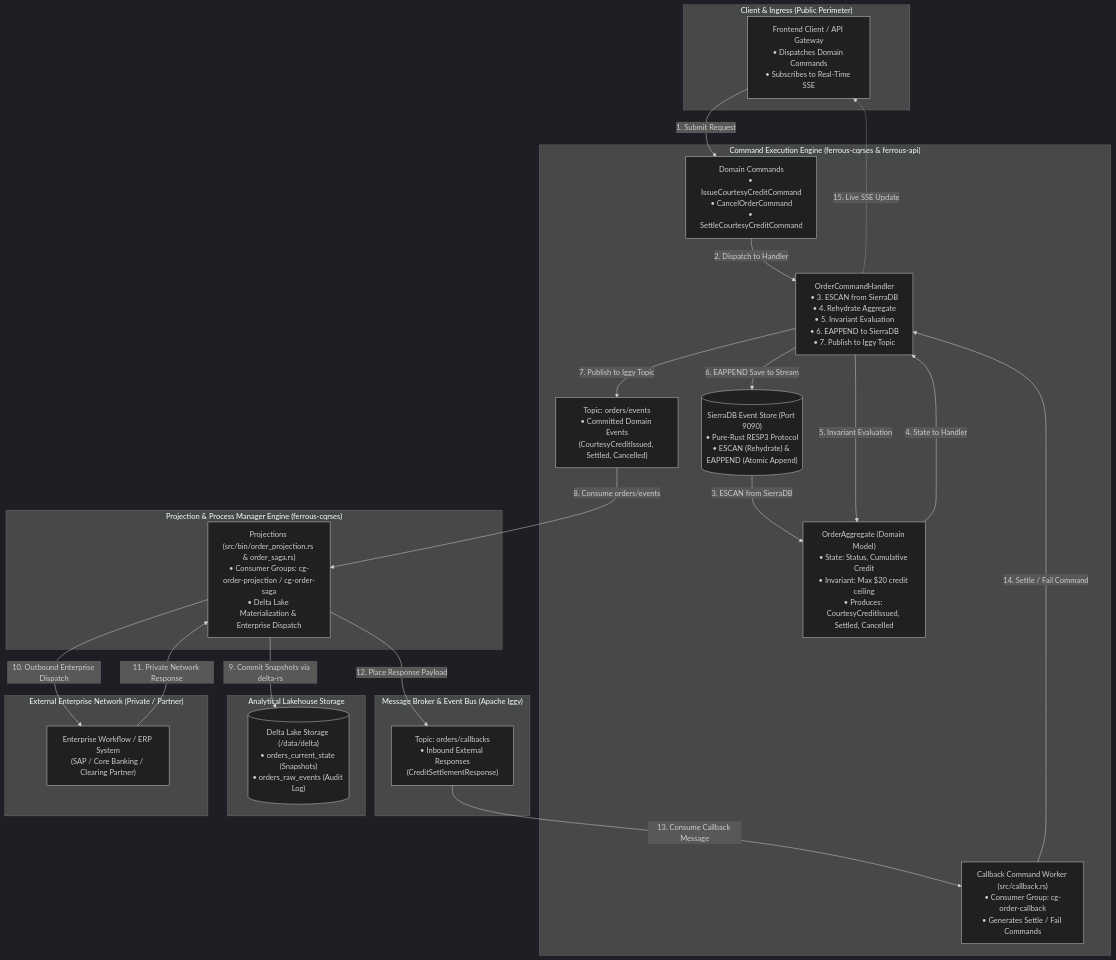
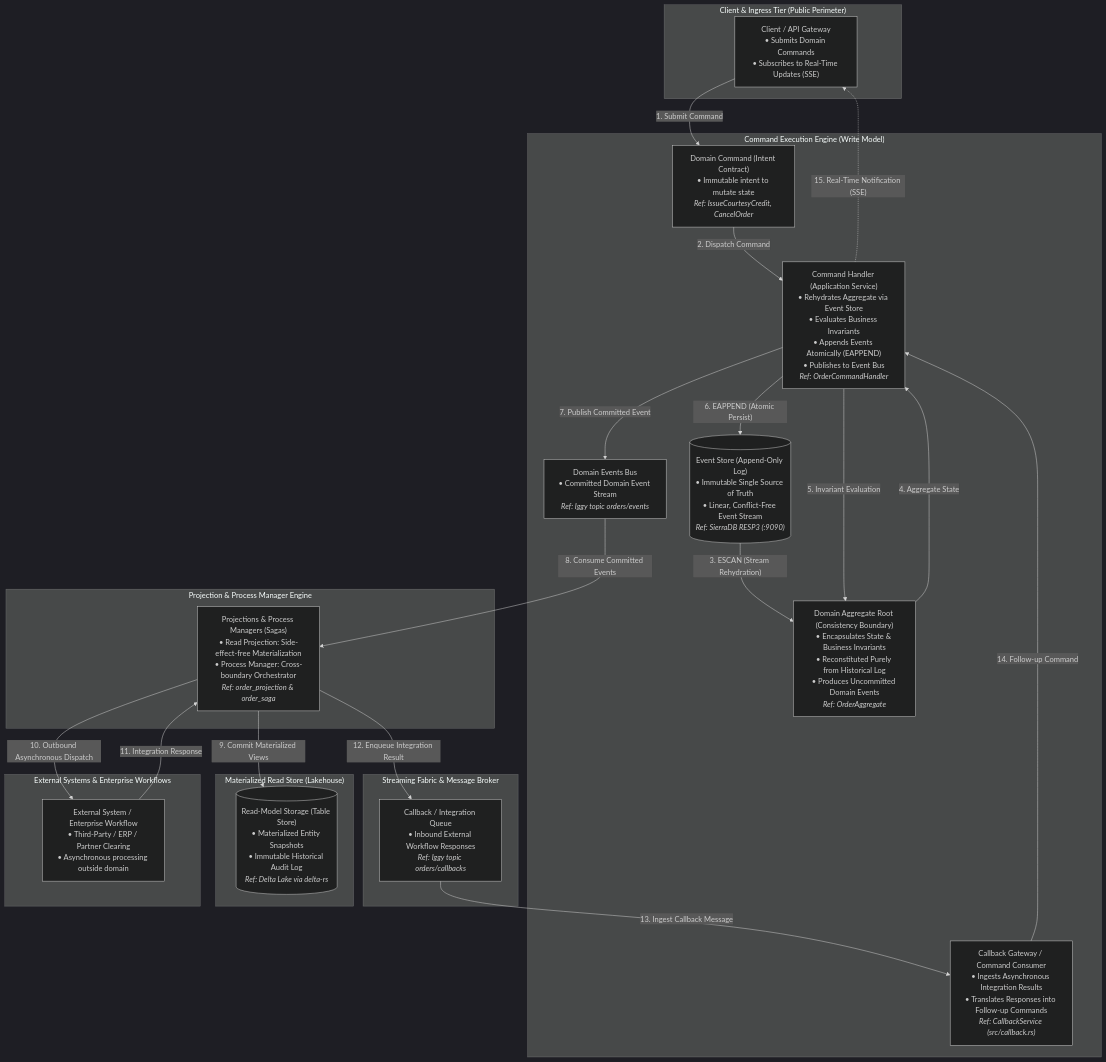
Before and after one commit to reidlai/ferrous-cqrses: the first of 3 diagrams in README.md, drawn with Mermaid (dark theme). The commit also changed other lines of this file, not shown here.

Commit message:
docs(architecture): generalize CQRS-ES architectural concepts in README

````diff
--- a/README.md
+++ b/README.md
@@ -51,61 +51,61 @@
 ```mermaid
 flowchart TD
-    subgraph Client_Tier ["Client & Ingress (Public Perimeter)"]
-        Client["Frontend Client / API Gateway<br/>• Dispatches Domain Commands<br/>• Subscribes to Real-Time SSE"]
+    subgraph Client_Tier ["Client & Ingress Tier (Public Perimeter)"]
+        Client["Client / API Gateway<br/>• Submits Domain Commands<br/>• Subscribes to Real-Time Updates (SSE)"]
     end
 
-    subgraph API_Tier ["Command Execution Engine (ferrous-cqrses & ferrous-api)"]
-        Command["Domain Commands<br/>• IssueCourtesyCreditCommand<br/>• CancelOrderCommand<br/>• SettleCourtesyCreditCommand"]
-        CommandHandler["OrderCommandHandler<br/>• 3. ESCAN from SierraDB<br/>• 4. Rehydrate Aggregate<br/>• 5. Invariant Evaluation<br/>• 6. EAPPEND to SierraDB<br/>• 7. Publish to Iggy Topic"]
-        Aggregate["OrderAggregate (Domain Model)<br/>• State: Status, Cumulative Credit<br/>• Invariant: Max $20 credit ceiling<br/>• Produces: CourtesyCreditIssued, Settled, Cancelled"]
-        CallbackWorker["Callback Command Worker (src/callback.rs)<br/>• Consumer Group: cg-order-callback<br/>• Generates Settle / Fail Commands"]
-        SierraDB[("SierraDB Event Store (Port 9090)<br/>• Pure-Rust RESP3 Protocol<br/>• ESCAN (Rehydrate) & EAPPEND (Atomic Append)")]
+    subgraph Command_Tier ["Command Execution Engine (Write Model)"]
+        Command["Domain Command (Intent Contract)<br/>• Immutable intent to mutate state<br/><i>Ref: IssueCourtesyCredit, CancelOrder</i>"]
+        CommandHandler["Command Handler (Application Service)<br/>• Rehydrates Aggregate via Event Store<br/>• Evaluates Business Invariants<br/>• Appends Events Atomically (EAPPEND)<br/>• Publishes to Event Bus<br/><i>Ref: OrderCommandHandler</i>"]
+        Aggregate["Domain Aggregate Root (Consistency Boundary)<br/>• Encapsulates State & Business Invariants<br/>• Reconstituted Purely from Historical Log<br/>• Produces Uncommitted Domain Events<br/><i>Ref: OrderAggregate</i>"]
+        CallbackWorker["Callback Gateway / Command Consumer<br/>• Ingests Asynchronous Integration Results<br/>• Translates Responses into Follow-up Commands<br/><i>Ref: CallbackService (src/callback.rs)</i>"]
+        EventStore[("Event Store (Append-Only Log)<br/>• Immutable Single Source of Truth<br/>• Linear, Conflict-Free Event Stream<br/><i>Ref: SierraDB RESP3 (:9090)</i>")]
 
-        Command -->|"2. Dispatch to Handler"| CommandHandler
-        SierraDB -->|"3. ESCAN from SierraDB"| Aggregate
-        Aggregate -->|"4. State to Handler"| CommandHandler
+        Command -->|"2. Dispatch Command"| CommandHandler
+        EventStore -->|"3. ESCAN (Stream Rehydration)"| Aggregate
+        Aggregate -->|"4. Aggregate State"| CommandHandler
         CommandHandler -->|"5. Invariant Evaluation"| Aggregate
-        CommandHandler -->|"6. EAPPEND Save to Stream"| SierraDB
-        CommandHandler -->|"7. Publish to Iggy Topic"| IggyEvents
-        CallbackWorker -->|"14. Settle / Fail Command"| CommandHandler        
+        CommandHandler -->|"6. EAPPEND (Atomic Persist)"| EventStore
+        CommandHandler -->|"7. Publish Committed Event"| DomainEventsBus
+        CallbackWorker -->|"14. Follow-up Command"| CommandHandler        
     end
 
-    subgraph Streaming_Fabric ["Message Broker & Event Bus (Apache Iggy)"]
-        IggyEvents["Topic: orders/events<br/>• Committed Domain Events<br/>(CourtesyCreditIssued, Settled, Cancelled)"]
-        IggyCallbacks["Topic: orders/callbacks<br/>• Inbound External Responses<br/>(CreditSettlementResponse)"]
+    subgraph Streaming_Fabric ["Streaming Fabric & Message Broker"]
+        DomainEventsBus["Domain Events Bus<br/>• Committed Domain Event Stream<br/><i>Ref: Iggy topic orders/events</i>"]
+        CallbackQueue["Callback / Integration Queue<br/>• Inbound External Workflow Responses<br/><i>Ref: Iggy topic orders/callbacks</i>"]
     end
 
-    subgraph Projection_Tier ["Projection & Process Manager Engine (ferrous-cqrses)"]
-        Projections["Projections (src/bin/order_projection.rs & order_saga.rs)<br/>• Consumer Groups: cg-order-projection / cg-order-saga<br/>• Delta Lake Materialization & Enterprise Dispatch"]
+    subgraph Projection_Tier ["Projection & Process Manager Engine"]
+        Projections["Projections & Process Managers (Sagas)<br/>• Read Projection: Side-effect-free Materialization<br/>• Process Manager: Cross-boundary Orchestrator<br/><i>Ref: order_projection & order_saga</i>"]
     end
 
-    subgraph Lakehouse_Tier ["Analytical Lakehouse Storage"]
-        DeltaLake[("Delta Lake Storage (/data/delta)<br/>• orders_current_state (Snapshots)<br/>• orders_raw_events (Audit Log)")]
+    subgraph Read_Store_Tier ["Materialized Read Store (Lakehouse)"]
+        ReadStore[("Read-Model Storage (Table Store)<br/>• Materialized Entity Snapshots<br/>• Immutable Historical Audit Log<br/><i>Ref: Delta Lake via delta-rs</i>")]
     end
 
-    subgraph Enterprise_Tier ["External Enterprise Network (Private / Partner)"]
-        EnterpriseWorkflow["Enterprise Workflow / ERP System<br/>(SAP / Core Banking / Clearing Partner)"]
+    subgraph External_Tier ["External Systems & Enterprise Workflows"]
+        ExternalSystem["External System / Enterprise Workflow<br/>• Third-Party / ERP / Partner Clearing<br/>• Asynchronous processing outside domain"]
     end        
 
-    Client_Tier ~~~ API_Tier
-    API_Tier ~~~ Streaming_Fabric
+    Client_Tier ~~~ Command_Tier
+    Command_Tier ~~~ Streaming_Fabric
     Streaming_Fabric ~~~ Projection_Tier
-    Projection_Tier ~~~ Lakehouse_Tier
-    Projection_Tier ~~~ Enterprise_Tier    
+    Projection_Tier ~~~ Read_Store_Tier
+    Projection_Tier ~~~ External_Tier    
 
-    %% Step 1: User Command Ingestion
-    Client -->|"1. Submit Request"| Command
-    CommandHandler -.->|"15. Live SSE Update"| Client
+    %% Step 1: Command Submission
+    Client -->|"1. Submit Command"| Command
+    CommandHandler -.->|"15. Real-Time Notification (SSE)"| Client
 
-    %% Step 2: Projections & Delta Lake Write
-    IggyEvents -->|"8. Consume orders/events"| Projections
-    Projections -->|"9. Commit Snapshots via delta-rs"| DeltaLake
+    %% Step 2: Read Model Materialization
+    DomainEventsBus -->|"8. Consume Committed Events"| Projections
+    Projections -->|"9. Commit Materialized Views"| ReadStore
 
-    %% Step 3: Enterprise Dispatch & Response
-    Projections -->|"10. Outbound Enterprise Dispatch"| EnterpriseWorkflow
-    EnterpriseWorkflow -->|"11. Private Network Response"| Projections
+    %% Step 3: Outbound Process Management & Integration
+    Projections -->|"10. Outbound Asynchronous Dispatch"| ExternalSystem
+    ExternalSystem -->|"11. Integration Response"| Projections
 
-    %% Step 4: Callback Queue Placement & Handling
-    Projections -->|"12. Place Response Payload"| IggyCallbacks
-    IggyCallbacks -->|"13. Consume Callback Message"| CallbackWorker
+    %% Step 4: Callback Queue Placement & Loop Closure
+    Projections -->|"12. Enqueue Integration Result"| CallbackQueue
+    CallbackQueue -->|"13. Ingest Callback Message"| CallbackWorker
 ```
````
